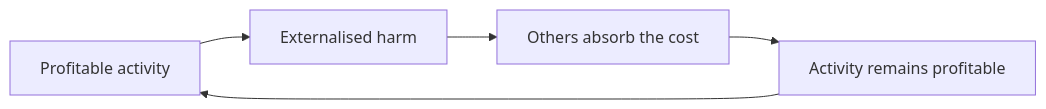
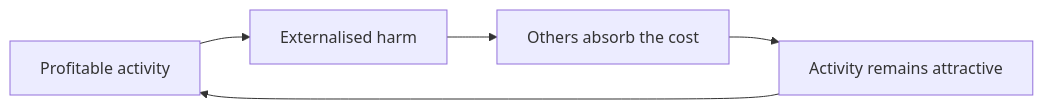
Before and after one commit to josefsbreakfast/Polaris-Protocol: the first of 14 diagrams in 🌕_5_Long_Strategies/💸_Business_Is_Tooling/💸_making_harm_too_expensive_to_continue.md, drawn with Mermaid. The commit also changed other lines of this file, not shown here.

````diff
--- a/🌕_5_Long_Strategies/💸_Business_Is_Tooling/💸_making_harm_too_expensive_to_continue.md
+++ b/🌕_5_Long_Strategies/💸_Business_Is_Tooling/💸_making_harm_too_expensive_to_continue.md
@@ -26,8 +20,8 @@
 ```mermaid
 flowchart LR
     A[Profitable activity]
     --> B[Externalised harm]
     --> C[Others absorb the cost]
-    --> D[Activity remains profitable]
+    --> D[Activity remains attractive]
     --> A
 ```
````
